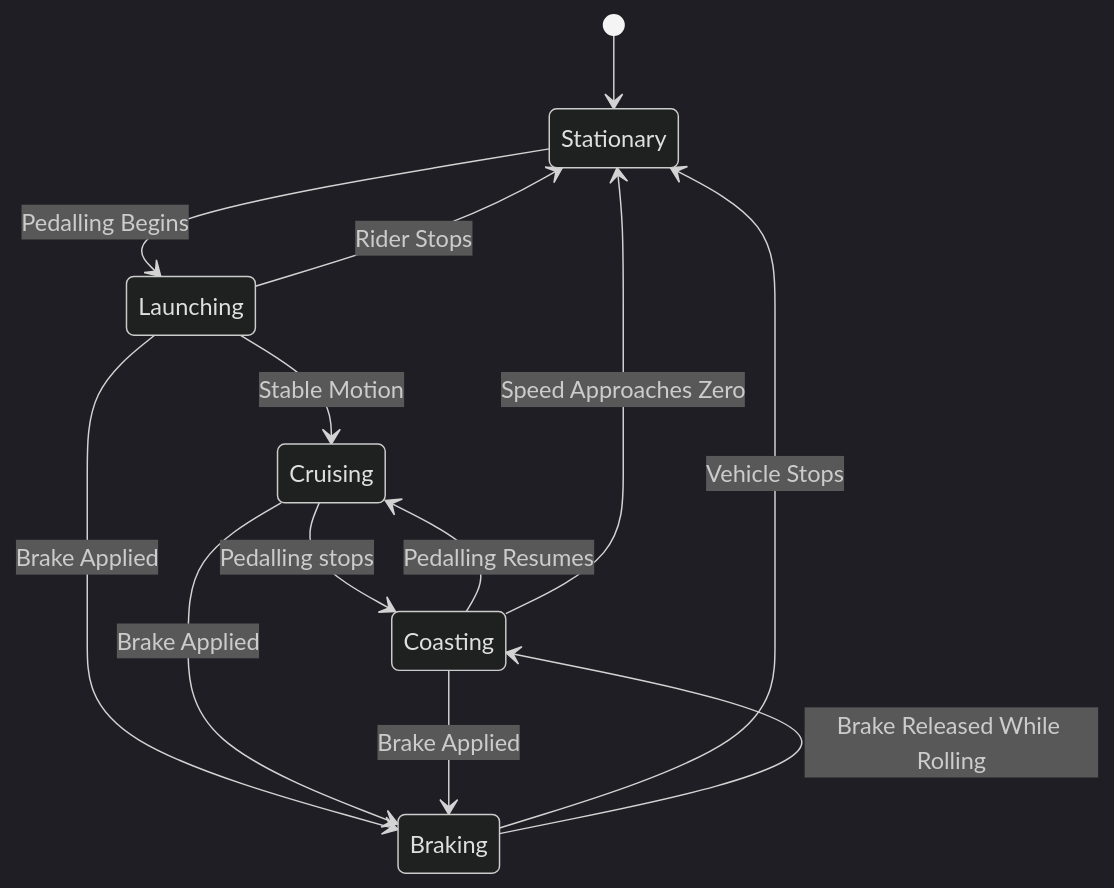
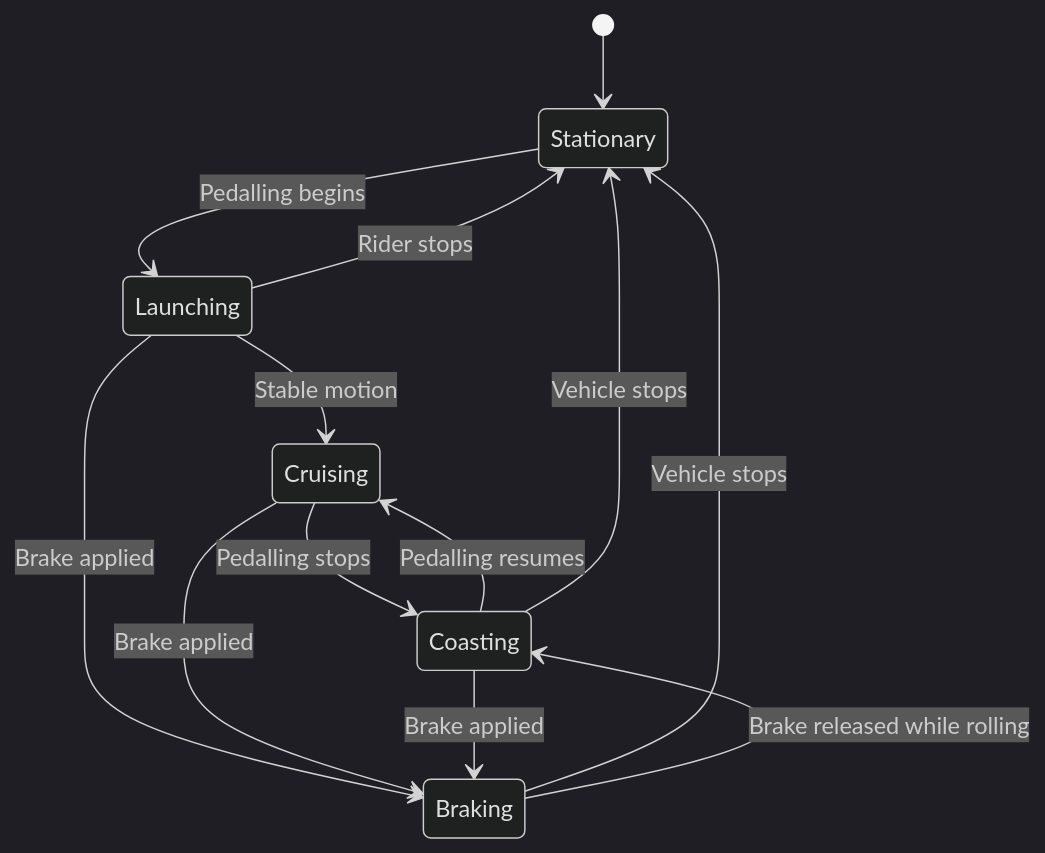
Before and after one commit to tspreck/ferrous-drive: the eighth of 15 diagrams in docs/architecture.md, drawn with Mermaid (dark theme). The commit also changed other lines of this file, not shown here.

First line of the commit message:
Revise architecture.md for clarity and updates

````diff
--- a/docs/architecture.md
+++ b/docs/architecture.md
@@ -161,23 +703,19 @@
 ```mermaid
 stateDiagram-v2
-
     [*] --> Stationary
 
-    Stationary --> Launching : Pedalling Begins
-
-    Launching --> Cruising : Stable Motion
+    Stationary --> Launching : Pedalling begins
+    Launching --> Cruising : Stable motion
+    Launching --> Stationary : Rider stops
 
     Cruising --> Coasting : Pedalling stops
+    Coasting --> Cruising : Pedalling resumes
+    Coasting --> Stationary : Vehicle stops
 
-    Coasting --> Cruising : Pedalling Resumes
+    Launching --> Braking : Brake applied
+    Cruising --> Braking : Brake applied
+    Coasting --> Braking : Brake applied
 
-    Coasting --> Stationary : Speed Approaches Zero
-
-    Launching --> Stationary : Rider Stops
-
-    Launching --> Braking : Brake Applied
-    Cruising --> Braking : Brake Applied
-    Coasting --> Braking : Brake Applied
-    Braking --> Stationary : Vehicle Stops
-    Braking --> Coasting : Brake Released While Rolling
+    Braking --> Stationary : Vehicle stops
+    Braking --> Coasting : Brake released while rolling
 ```
````
